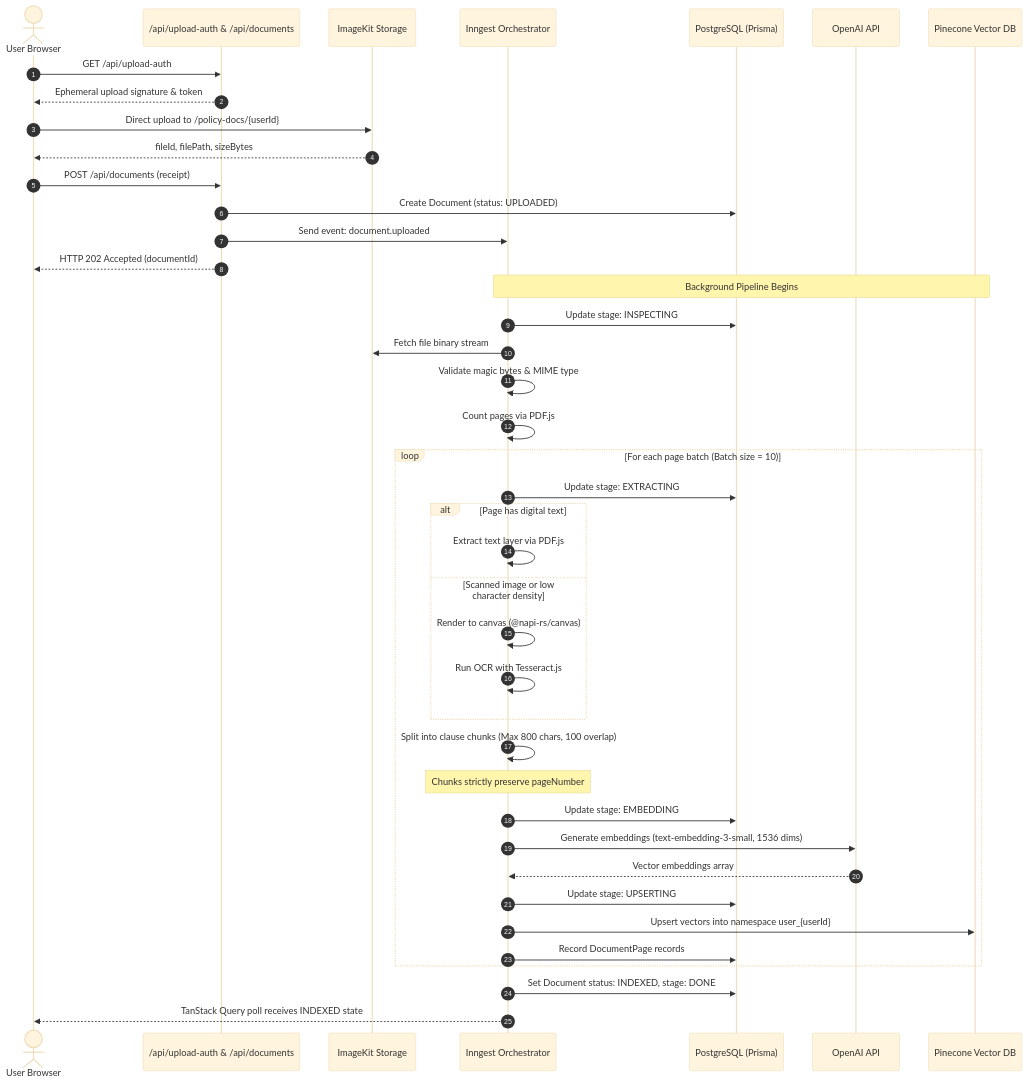
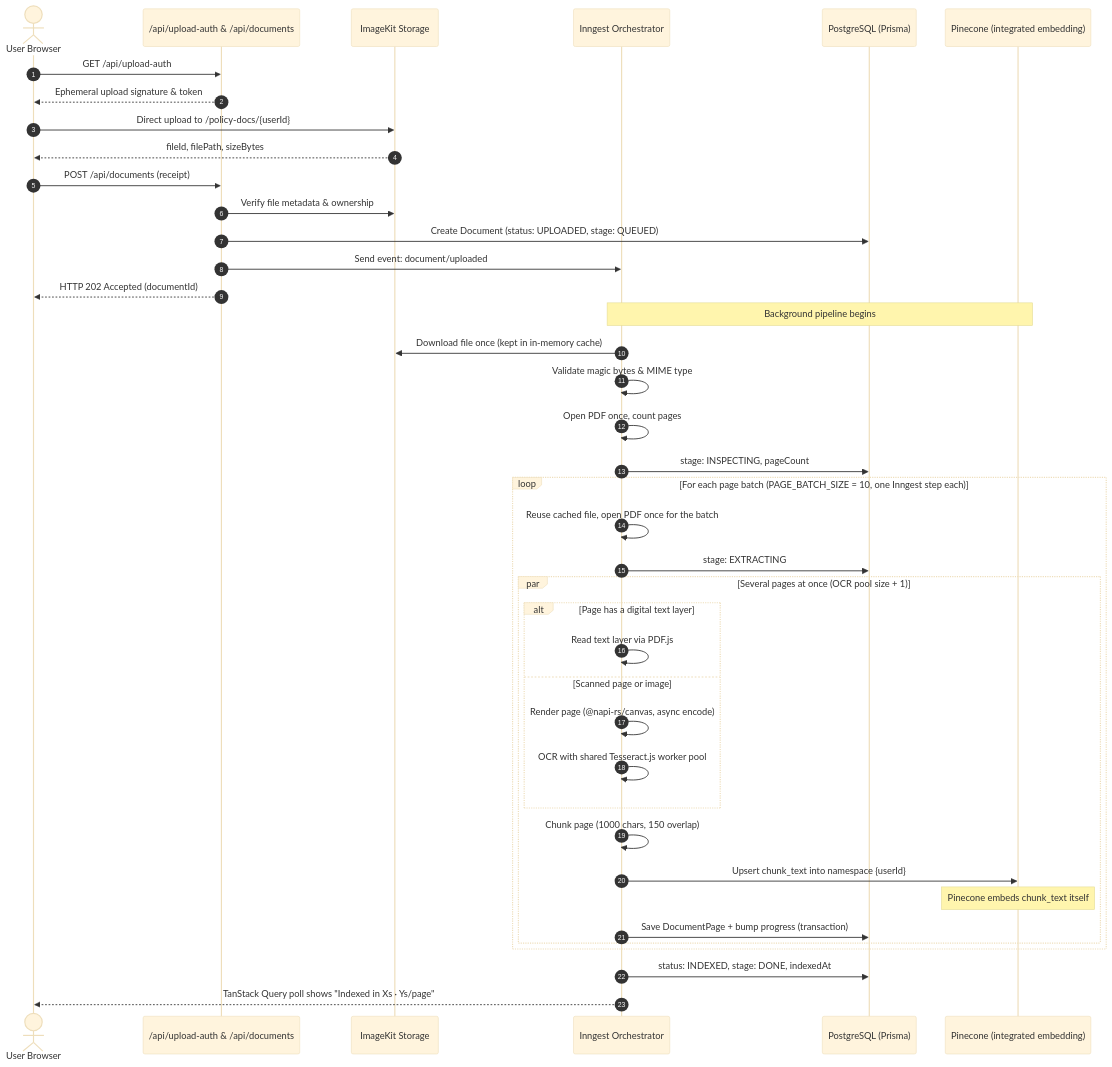
Before and after one commit to Kunalmadoliya/pitch-deck: the second of 4 diagrams in README.md, drawn with Mermaid (base theme). The commit also changed other lines of this file and 6 other files, not shown here.

Commit message:
feat: add generateDeck function and related schemas for pitch deck management

````diff
--- a/README.md
+++ b/README.md
@@ -293,47 +310,46 @@
 ```mermaid
 sequenceDiagram
     autonumber
     actor User as User Browser
     participant API as /api/upload-auth & /api/documents
     participant IK as ImageKit Storage
     participant Inngest as Inngest Orchestrator
     participant PG as PostgreSQL (Prisma)
-    participant OpenAI as OpenAI API
-    participant Pinecone as Pinecone Vector DB
+    participant Pinecone as Pinecone (integrated embedding)
 
     User->>API: GET /api/upload-auth
     API-->>User: Ephemeral upload signature & token
     User->>IK: Direct upload to /policy-docs/{userId}
     IK-->>User: fileId, filePath, sizeBytes
     User->>API: POST /api/documents (receipt)
-    API->>PG: Create Document (status: UPLOADED)
-    API->>Inngest: Send event: document.uploaded
+    API->>IK: Verify file metadata & ownership
+    API->>PG: Create Document (status: UPLOADED, stage: QUEUED)
+    API->>Inngest: Send event: document/uploaded
     API-->>User: HTTP 202 Accepted (documentId)
 
-    Note over Inngest,Pinecone: Background Pipeline Begins
-    Inngest->>PG: Update stage: INSPECTING
-    Inngest->>IK: Fetch file binary stream
+    Note over Inngest,Pinecone: Background pipeline begins
+    Inngest->>IK: Download file once (kept in in-memory cache)
     Inngest->>Inngest: Validate magic bytes & MIME type
-    Inngest->>Inngest: Count pages via PDF.js
+    Inngest->>Inngest: Open PDF once, count pages
+    Inngest->>PG: stage: INSPECTING, pageCount
 
-    loop For each page batch (Batch size = 10)
-        Inngest->>PG: Update stage: EXTRACTING
-        alt Page has digital text
-            Inngest->>Inngest: Extract text layer via PDF.js
-        else Scanned image or low character density
-            Inngest->>Inngest: Render to canvas (@napi-rs/canvas)
-            Inngest->>Inngest: Run OCR with Tesseract.js
+    loop For each page batch (PAGE_BATCH_SIZE = 10, one Inngest step each)
+        Inngest->>Inngest: Reuse cached file, open PDF once for the batch
+        Inngest->>PG: stage: EXTRACTING
+        par Several pages at once (OCR pool size + 1)
+            alt Page has a digital text layer
+                Inngest->>Inngest: Read text layer via PDF.js
+            else Scanned page or image
+                Inngest->>Inngest: Render page (@napi-rs/canvas, async encode)
+                Inngest->>Inngest: OCR with shared Tesseract.js worker pool
+            end
+            Inngest->>Inngest: Chunk page (1000 chars, 150 overlap)
+            Inngest->>Pinecone: Upsert chunk_text into namespace {userId}
+            Note over Pinecone: Pinecone embeds chunk_text itself
+            Inngest->>PG: Save DocumentPage + bump progress (transaction)
         end
-        Inngest->>Inngest: Split into clause chunks (Max 800 chars, 100 overlap)
-        Note over Inngest: Chunks strictly preserve pageNumber
-        Inngest->>PG: Update stage: EMBEDDING
-        Inngest->>OpenAI: Generate embeddings (text-embedding-3-small, 1536 dims)
-        OpenAI-->>Inngest: Vector embeddings array
-        Inngest->>PG: Update stage: UPSERTING
-        Inngest->>Pinecone: Upsert vectors into namespace user_{userId}
-        Inngest->>PG: Record DocumentPage records
     end
 
-    Inngest->>PG: Set Document status: INDEXED, stage: DONE
-    Inngest-->>User: TanStack Query poll receives INDEXED state
+    Inngest->>PG: status: INDEXED, stage: DONE, indexedAt
+    Inngest-->>User: TanStack Query poll shows "Indexed in Xs · Ys/page"
 ```
````
